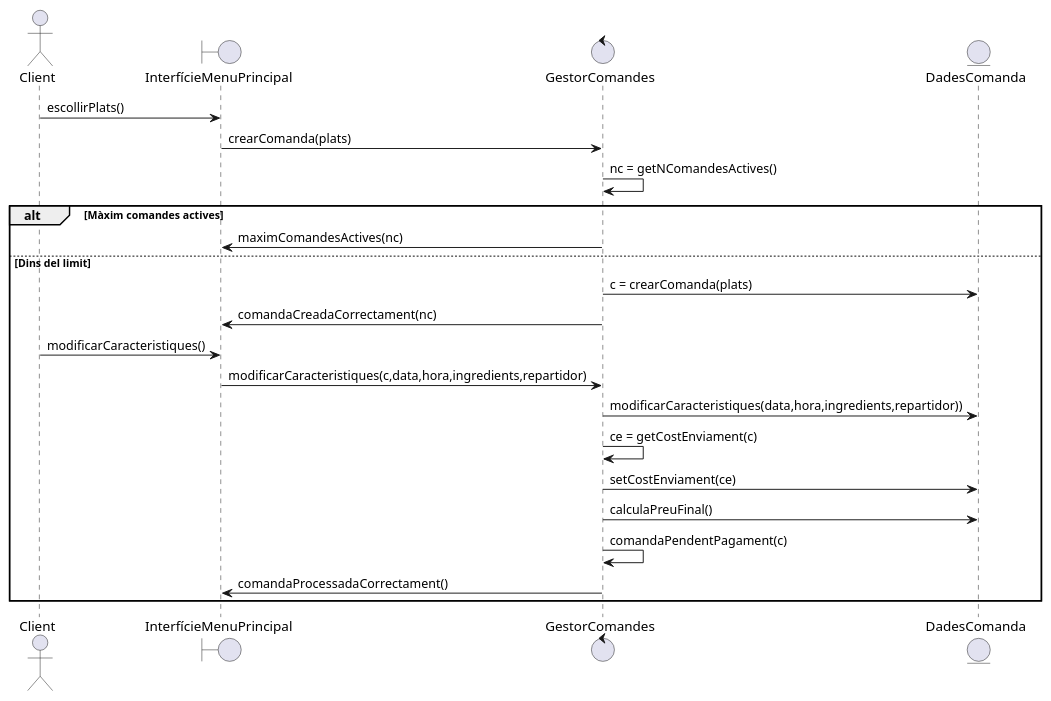
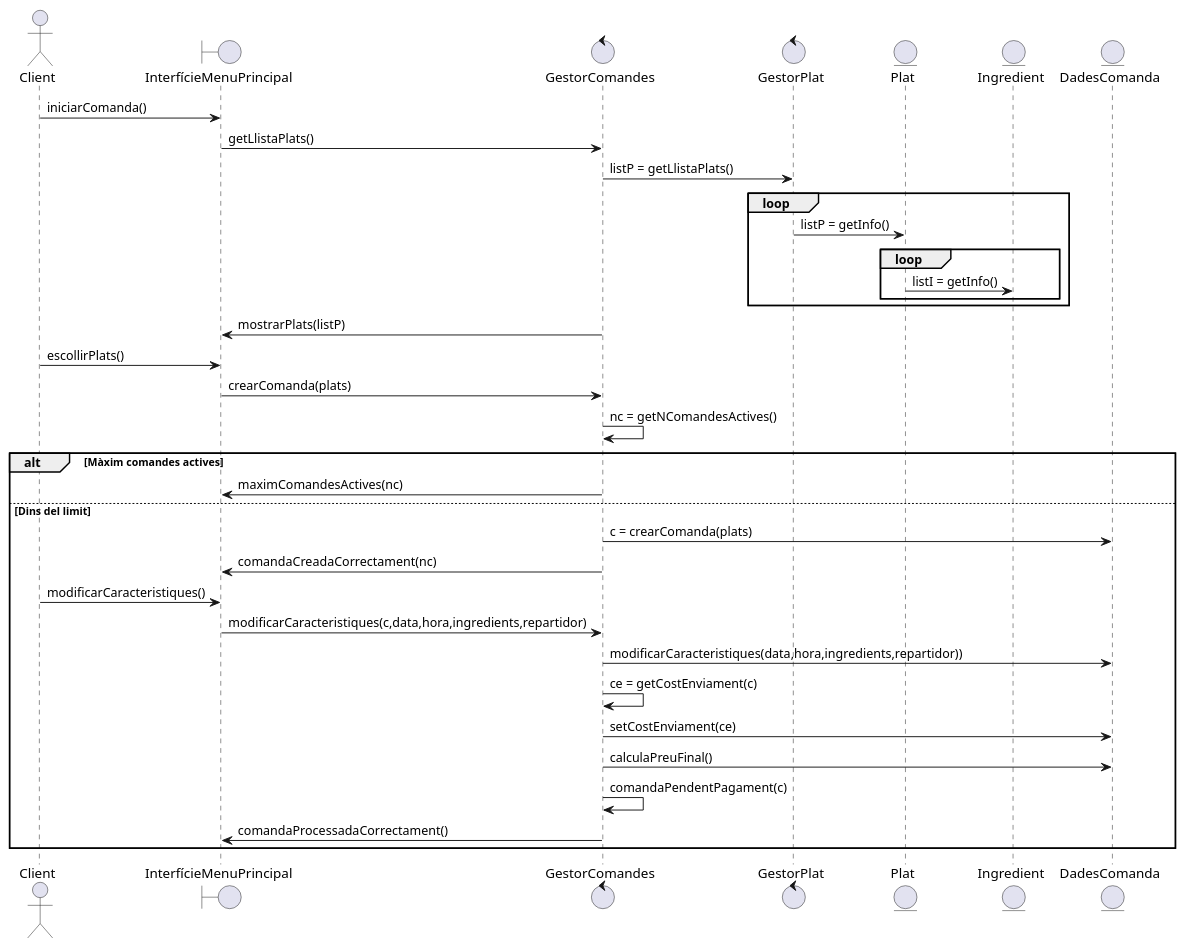
The diagram in documents/Diagrames i Especificacions/Seqüencia/Marc Sala/2. Fer comandes.puml (martipages/ES23UAB431-02), drawn with PlantUML before and after one commit. The commit also changed 6 other files, not shown here.

```diff
--- a/documents/Diagrames i Especificacions/Seqüencia/Marc Sala/2. Fer comandes.puml
+++ b/documents/Diagrames i Especificacions/Seqüencia/Marc Sala/2. Fer comandes.puml
@@ -1,31 +1,43 @@
 @startuml
 
 actor Client
 boundary InterfícieMenuPrincipal
 control GestorComandes
+control GestorPlat
+entity Plat
+entity Ingredient
 entity DadesComanda
 
-
+Client -> InterfícieMenuPrincipal: iniciarComanda()
+InterfícieMenuPrincipal -> GestorComandes: getLlistaPlats()
+GestorComandes -> GestorPlat: listP = getLlistaPlats()
+loop
+GestorPlat -> Plat: listP = getInfo()
+loop
+Plat -> Ingredient: listI = getInfo()
+end
+end
+GestorComandes -> InterfícieMenuPrincipal: mostrarPlats(listP)
 Client -> InterfícieMenuPrincipal: escollirPlats()
 InterfícieMenuPrincipal -> GestorComandes: crearComanda(plats)
 GestorComandes -> GestorComandes: nc = getNComandesActives()
 
 alt Màxim comandes actives
 GestorComandes -> InterfícieMenuPrincipal: maximComandesActives(nc)
 
 else Dins del limit
 GestorComandes -> DadesComanda: c = crearComanda(plats)
 GestorComandes -> InterfícieMenuPrincipal: comandaCreadaCorrectament(nc)
 Client -> InterfícieMenuPrincipal: modificarCaracteristiques()
 InterfícieMenuPrincipal -> GestorComandes: modificarCaracteristiques(c,data,hora,ingredients,repartidor)
 GestorComandes -> DadesComanda: modificarCaracteristiques(data,hora,ingredients,repartidor))
 
 GestorComandes -> GestorComandes: ce = getCostEnviament(c)
 GestorComandes -> DadesComanda: setCostEnviament(ce)
 GestorComandes -> DadesComanda: calculaPreuFinal()
 
 GestorComandes -> GestorComandes: comandaPendentPagament(c)
 GestorComandes -> InterfícieMenuPrincipal: comandaProcessadaCorrectament()
 end
 
 @enduml
```
